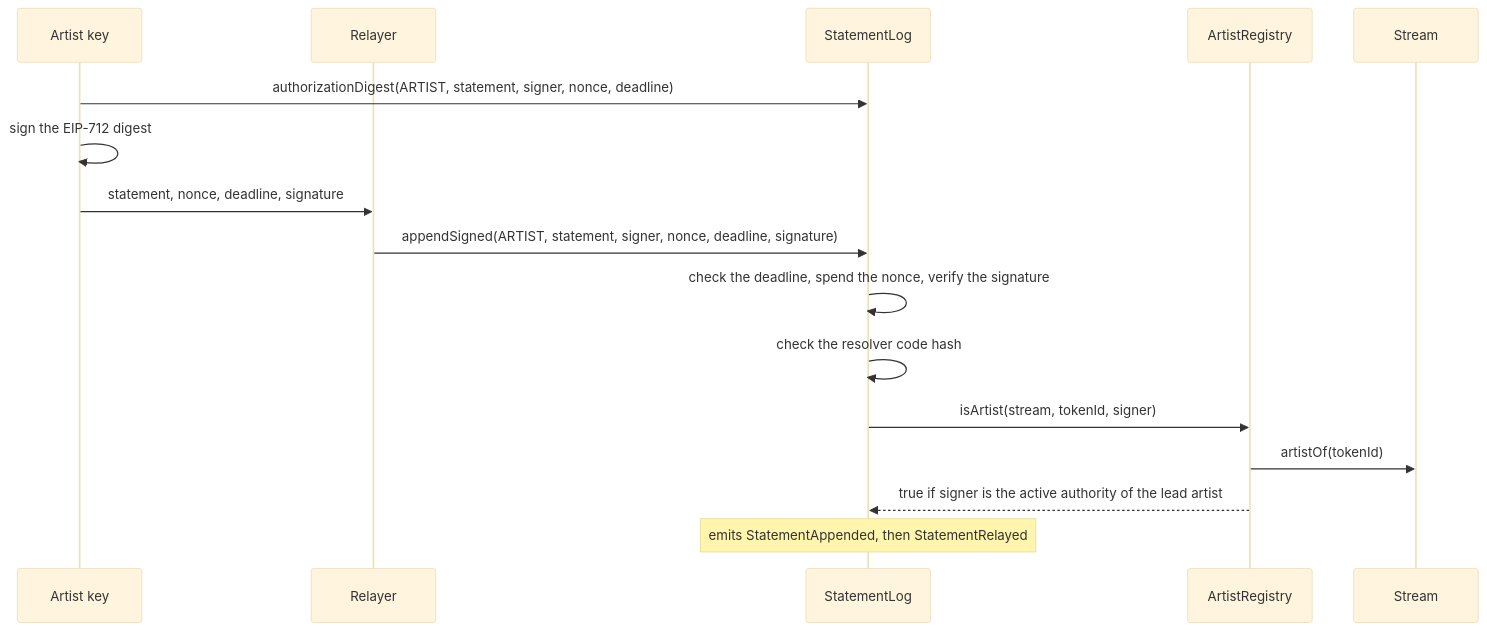
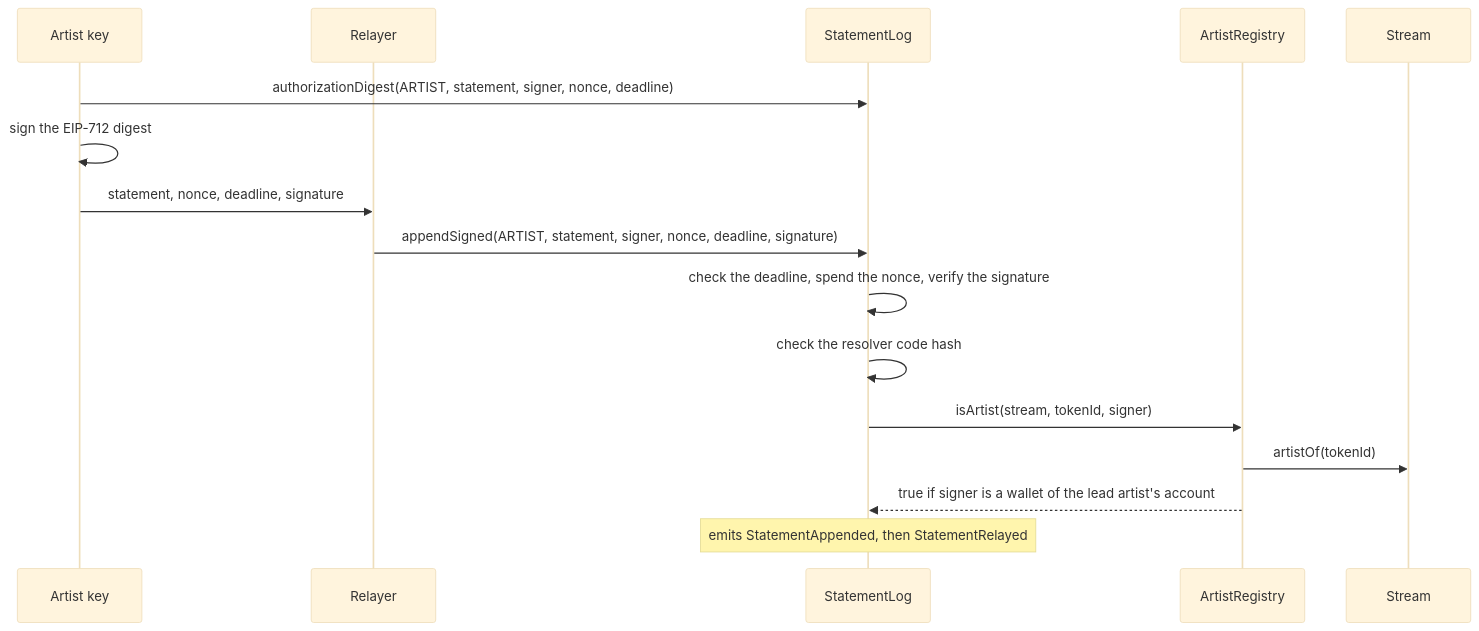
Before and after one commit to 6529-Collections/6529-works: the eighth of 9 diagrams in docs/spec/disputes-and-statements.md, drawn with Mermaid (base theme). The commit also changed other lines of this file and 352 other files, not shown here.

````diff
--- a/docs/spec/disputes-and-statements.md
+++ b/docs/spec/disputes-and-statements.md
@@ -387,18 +376,18 @@
 ```mermaid
 sequenceDiagram
     participant K as Artist key
     participant X as Relayer
     participant L as StatementLog
     participant AR as ArtistRegistry
     participant T as Stream
     K->>L: authorizationDigest(ARTIST, statement, signer, nonce, deadline)
     K->>K: sign the EIP-712 digest
     K->>X: statement, nonce, deadline, signature
     X->>L: appendSigned(ARTIST, statement, signer, nonce, deadline, signature)
     L->>L: check the deadline, spend the nonce, verify the signature
     L->>L: check the resolver code hash
     L->>AR: isArtist(stream, tokenId, signer)
     AR->>T: artistOf(tokenId)
-    AR-->>L: true if signer is the active authority of the lead artist
+    AR-->>L: true if signer is a wallet of the lead artist's account
     Note over L: emits StatementAppended, then StatementRelayed
 ```
````
